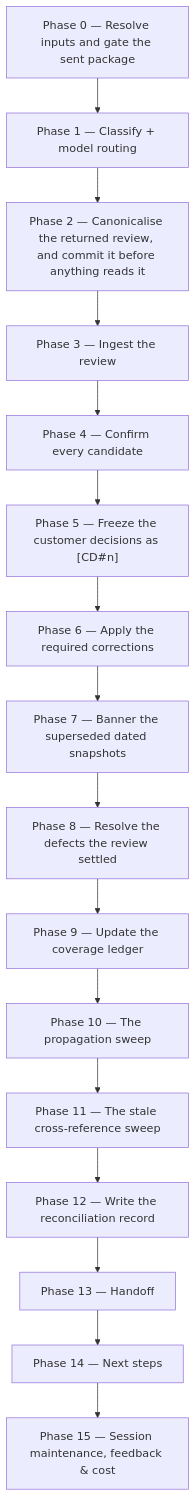
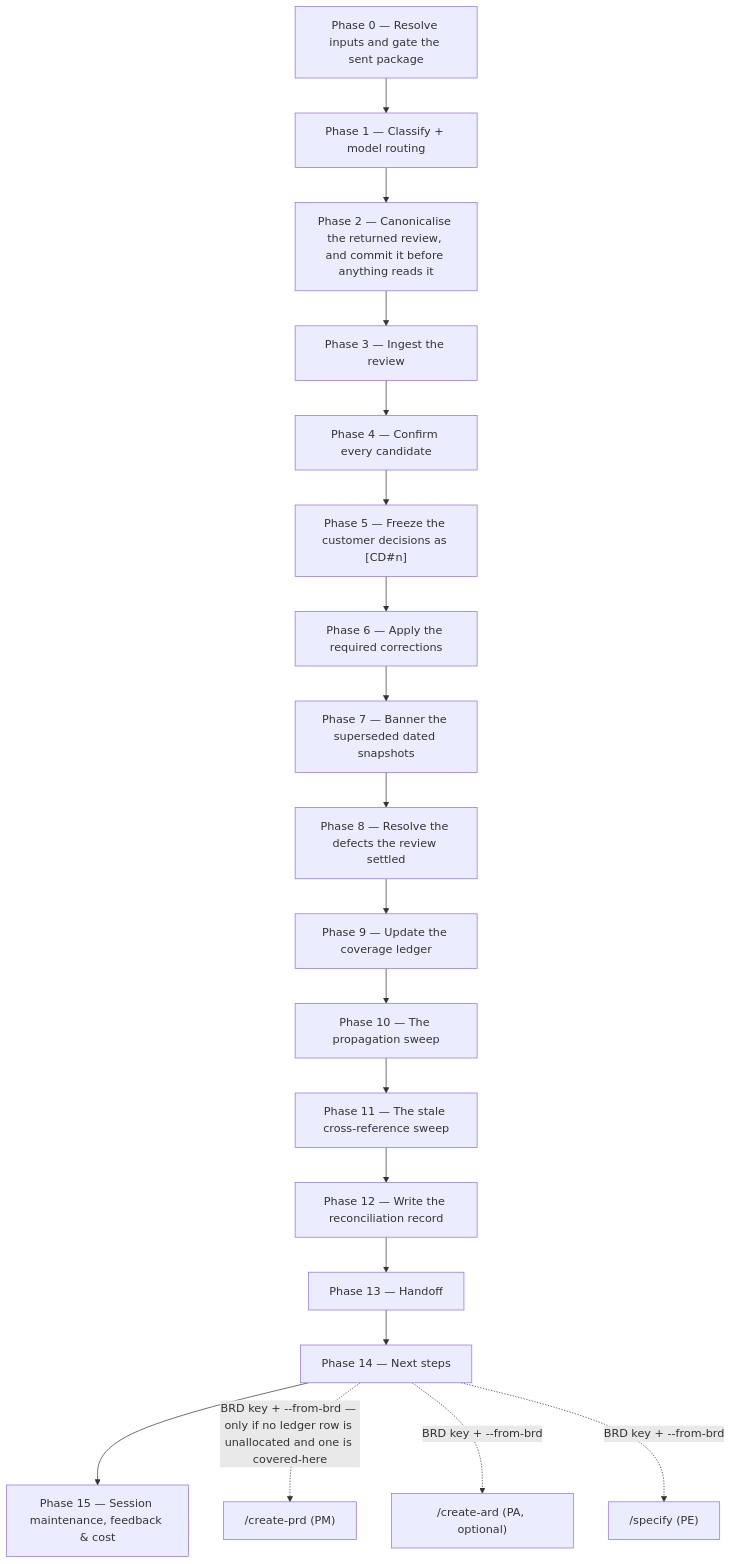
Before and after one commit to ihudak/ihudak-claude-plugins: the diagram in plugins/dev-workflows/docs/commands/brd-reconcile.md, drawn with Mermaid. The commit also changed other lines of this file and 16 other files, not shown here.

````diff
--- a/plugins/dev-workflows/docs/commands/brd-reconcile.md
+++ b/plugins/dev-workflows/docs/commands/brd-reconcile.md
@@ -57,18 +57,21 @@
 ```mermaid
 flowchart TD
     p0["Phase 0 — Resolve inputs and gate the sent package"] --> p1["Phase 1 — Classify + model routing"]
     p1 --> p2["Phase 2 — Canonicalise the returned review, and commit it before anything reads it"]
     p2 --> p3["Phase 3 — Ingest the review"]
     p3 --> p4["Phase 4 — Confirm every candidate"]
     p4 --> p5["Phase 5 — Freeze the customer decisions as [CD#n]"]
     p5 --> p6["Phase 6 — Apply the required corrections"]
     p6 --> p7["Phase 7 — Banner the superseded dated snapshots"]
     p7 --> p8["Phase 8 — Resolve the defects the review settled"]
     p8 --> p9["Phase 9 — Update the coverage ledger"]
     p9 --> p10["Phase 10 — The propagation sweep"]
     p10 --> p11["Phase 11 — The stale cross-reference sweep"]
     p11 --> p12["Phase 12 — Write the reconciliation record"]
     p12 --> p13["Phase 13 — Handoff"]
     p13 --> p14["Phase 14 — Next steps"]
     p14 --> p15["Phase 15 — Session maintenance, feedback & cost"]
+    p14 -.->|"BRD key + --from-brd — only if no ledger row is unallocated and one is covered-here"| prd["/create-prd (PM)"]
+    p14 -.->|"BRD key + --from-brd"| ard["/create-ard (PA, optional)"]
+    p14 -.->|"BRD key + --from-brd"| spec["/specify (PE)"]
 ```
````
